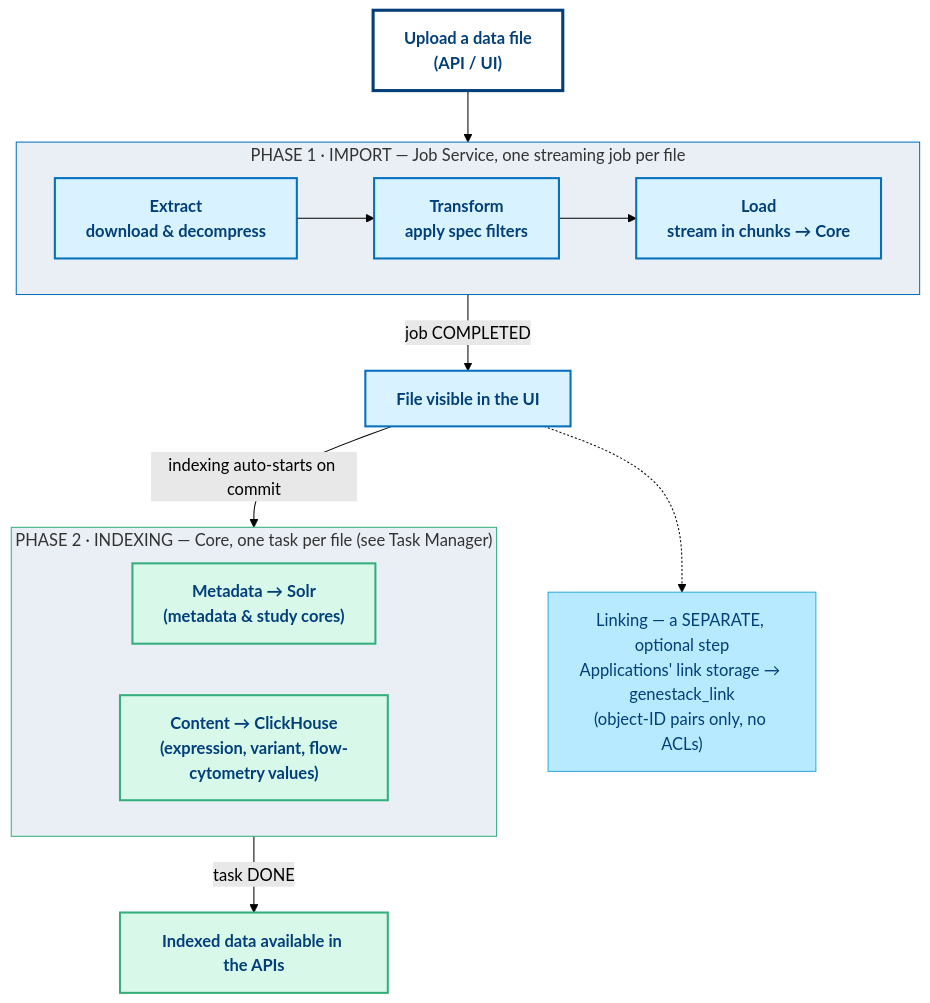
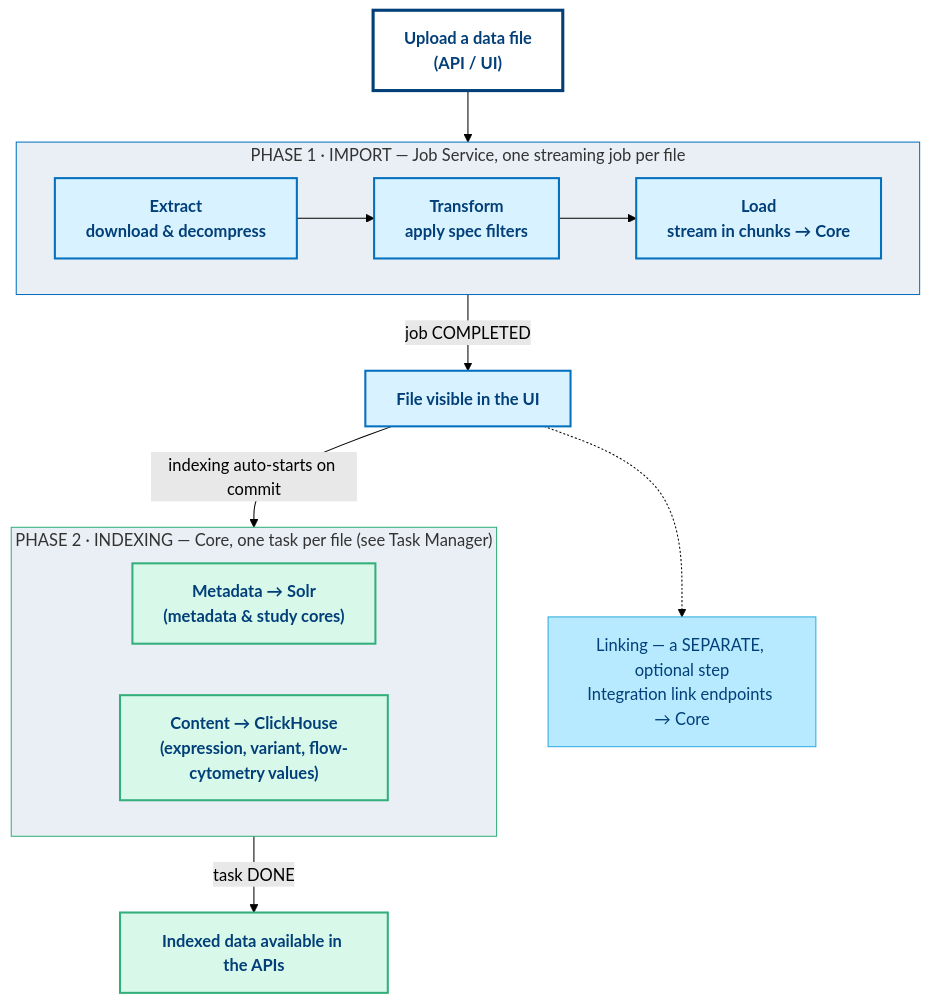
The second of 2 diagrams in docs-rework/overview/data-model/data-upload-and-indexing-pipeline.md (genestack/user-docs), drawn with Mermaid (forest theme) before and after one commit. The commit also changed other lines of this file, not shown here.

First line of the commit message:
ODM-13698: Send linking to the integration endpoints, not genestack_link

````diff
--- a/docs-rework/overview/data-model/data-upload-and-indexing-pipeline.md
+++ b/docs-rework/overview/data-model/data-upload-and-indexing-pipeline.md
@@ -285,42 +287,42 @@
 ```mermaid
 flowchart TD
     Start["Upload a data file<br/>(API / UI)"]
 
     subgraph P1["PHASE 1 · IMPORT — Job Service, one streaming job per file"]
         direction LR
         E["Extract<br/>download & decompress"]
         T["Transform<br/>apply spec filters"]
         L["Load<br/>stream in chunks → Core"]
         E --> T --> L
     end
 
     UI["File visible in the UI"]
-    Link["Linking — a SEPARATE, optional step<br/>Applications' link storage → genestack_link<br/>(object-ID pairs only, no ACLs)"]
+    Link["Linking — a SEPARATE, optional step<br/>Integration link endpoints → Core"]
 
     subgraph P2["PHASE 2 · INDEXING — Core, one task per file (see Task Manager)"]
         direction LR
         Solr["Metadata → Solr<br/>(metadata & study cores)"]
         CH["Content → ClickHouse<br/>(expression, variant, flow-cytometry values)"]
     end
 
     APIs["Indexed data available in the APIs"]
 
     Start --> E
     L -- "job COMPLETED" --> UI
     UI -.-> Link
     UI -- "indexing auto-starts on commit" --> Solr
     CH -- "task DONE" --> APIs
 
     classDef start  fill:#ffffff,color:#023F79,stroke:#023F79,stroke-width:3px,font-weight:bold
     classDef import fill:#D8F3FF,color:#023F79,stroke:#0470BE,stroke-width:2px,font-weight:bold
     classDef index  fill:#D8F9EA,color:#023F79,stroke:#34AF7C,stroke-width:2px,font-weight:bold
     classDef aside  fill:#B7EAFF,color:#023F79,stroke:#2FACDF,stroke-width:1px
 
     class Start start
     class E,T,L,UI import
     class Solr,CH,APIs index
     class Link aside
 
     style P1 fill:#eaeff5,stroke:#0470BE,stroke-width:1px
     style P2 fill:#eaeff5,stroke:#34AF7C,stroke-width:1px
 ```
````
